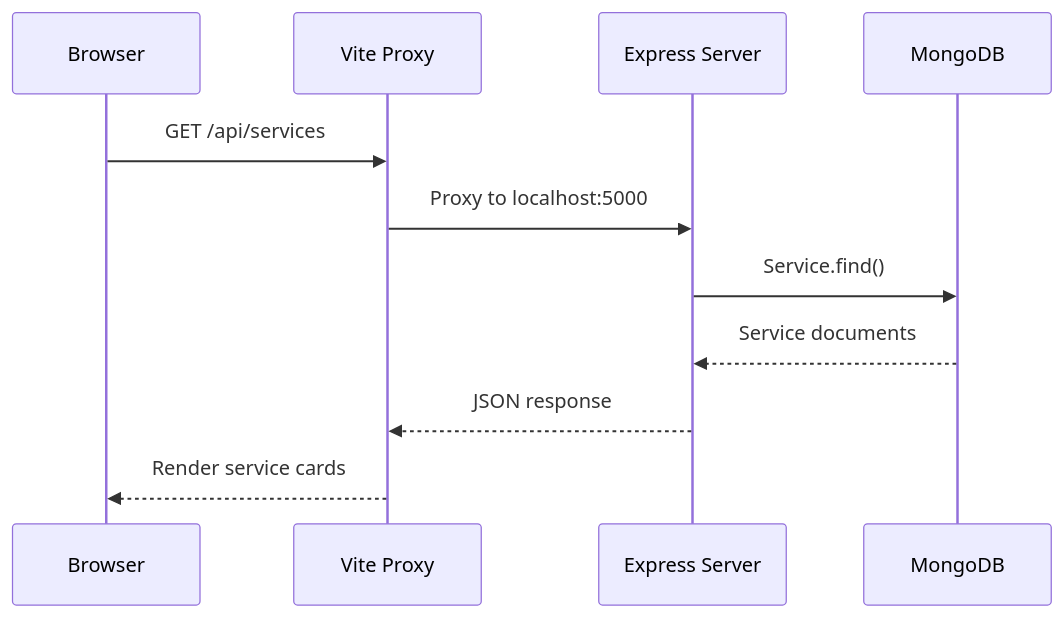
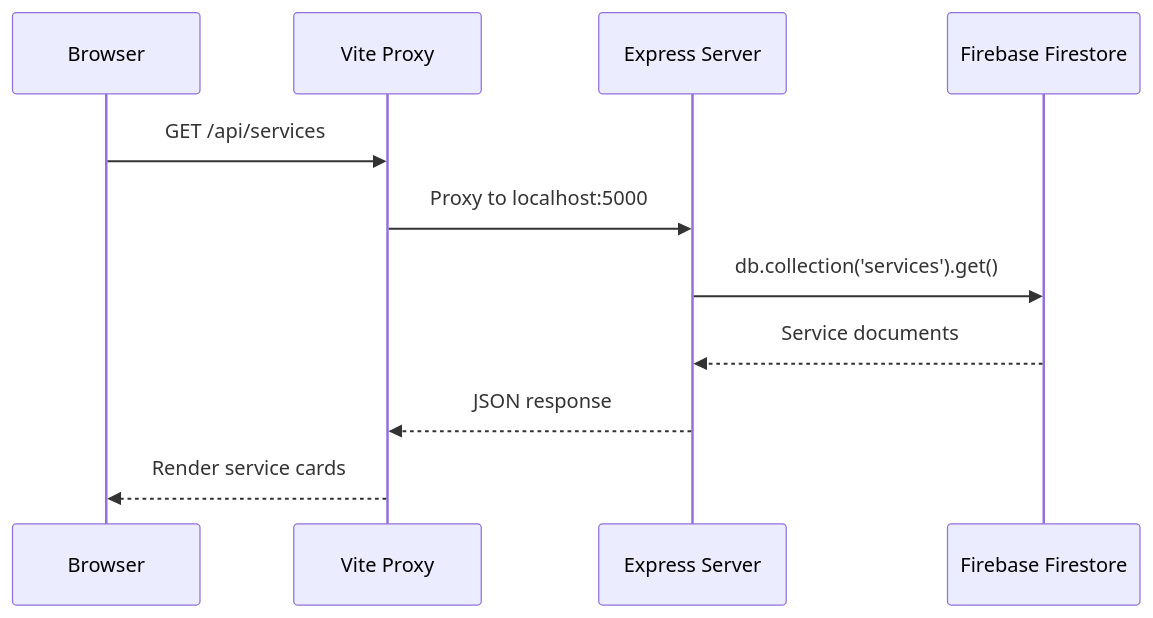
One commit to TANMAY4806w/business-portfolio changed the second of 6 diagrams in ARCHITECTURE.md. Above: the diagram before and after it, drawn with Mermaid. The commit also changed other lines of this file and 2 other files, not shown here.

Commit message:
docs: update architecture and payment pitch to reflect firebase and simulated gateway

````diff
--- a/ARCHITECTURE.md
+++ b/ARCHITECTURE.md
@@ -49,14 +49,14 @@
 ```mermaid
 sequenceDiagram
     participant B as Browser
     participant V as Vite Proxy
     participant E as Express Server
-    participant M as MongoDB
+    participant M as Firebase Firestore
 
     B->>V: GET /api/services
     V->>E: Proxy to localhost:5000
-    E->>M: Service.find()
+    E->>M: db.collection('services').get()
     M-->>E: Service documents
     E-->>V: JSON response
     V-->>B: Render service cards
 ```
````
